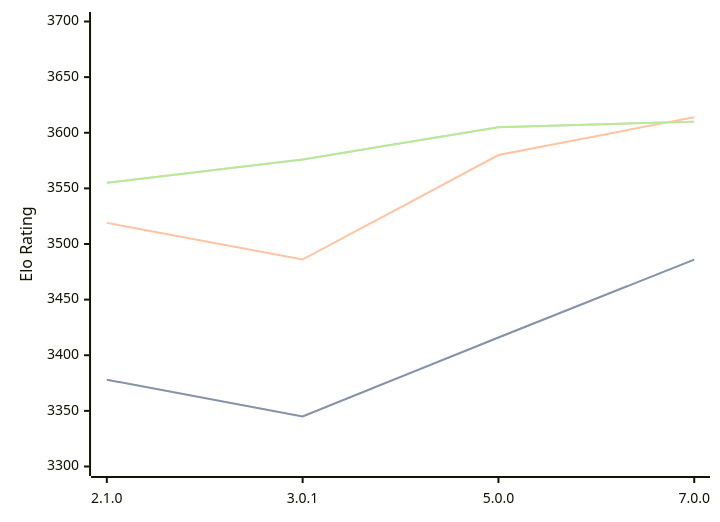
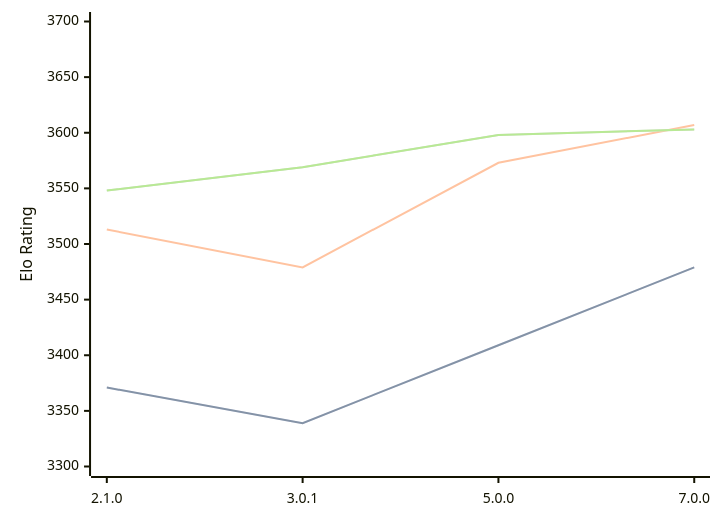
Before and after one commit to computer-chess-index/cci: the diagram in engines/PlentyChess.md, drawn with Mermaid. The commit also changed other lines of this file, not shown here.

Commit message:
Update CCI Ratings (ELO VLTC) - 2026-05-18

````diff
--- a/engines/PlentyChess.md
+++ b/engines/PlentyChess.md
@@ -45,11 +45,11 @@
 ```mermaid
 %%{init: {"theme":"base","themeVariables":{"seriesColors:['#a3a3a3','#222221','#faa371']}}}%%
 xychart-beta
   x-axis ["2.1.0", "3.0.1", "5.0.0", "7.0.0"]
   y-axis "Elo Rating" 3300 --> 3700
-  line "STC (8.0+0.08s)" [3378, 3345, 3416, 3486]
-  line "STC (8.0+0.08s)" [3378, 3345, 3416, 3486]
-  line "LTC (60.0+0.60s)" [3519, 3486, 3580, 3614]
-  line "VLTC (2m24s+1.12s)" [3555, 3576, 3605, 3610]
-  line "VLTC (2m24s+1.12s)" [3555, 3576, 3605, 3610]
+  line "STC (8.0+0.08s)" [3371, 3339, 3409, 3479]
+  line "STC (8.0+0.08s)" [3371, 3339, 3409, 3479]
+  line "LTC (60.0+0.60s)" [3513, 3479, 3573, 3607]
+  line "VLTC (2m24s+1.12s)" [3548, 3569, 3598, 3603]
+  line "VLTC (2m24s+1.12s)" [3548, 3569, 3598, 3603]
 ```
````
